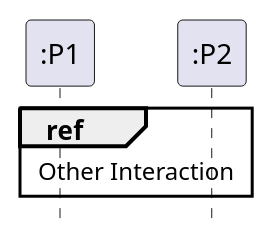
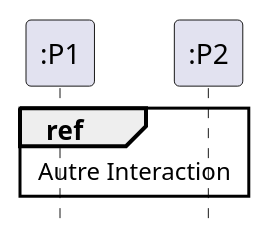
Before and after one commit to gigl-uml/Guide_uml_polymtl: the diagram in plant_uml/refOperatorExample.plantuml, drawn with PlantUML. The commit also changed 9 other files, not shown here.

```diff
--- a/plant_uml/refOperatorExample.plantuml
+++ b/plant_uml/refOperatorExample.plantuml
@@ -1,9 +1,9 @@
 @startuml
 hide footbox
 skinparam backgroundcolor transparent
 participant ":P1" as P1
 participant ":P2" as P2
 
-ref over P1, P2: Other Interaction
+ref over P1, P2: Autre Interaction
 
 @enduml
```
